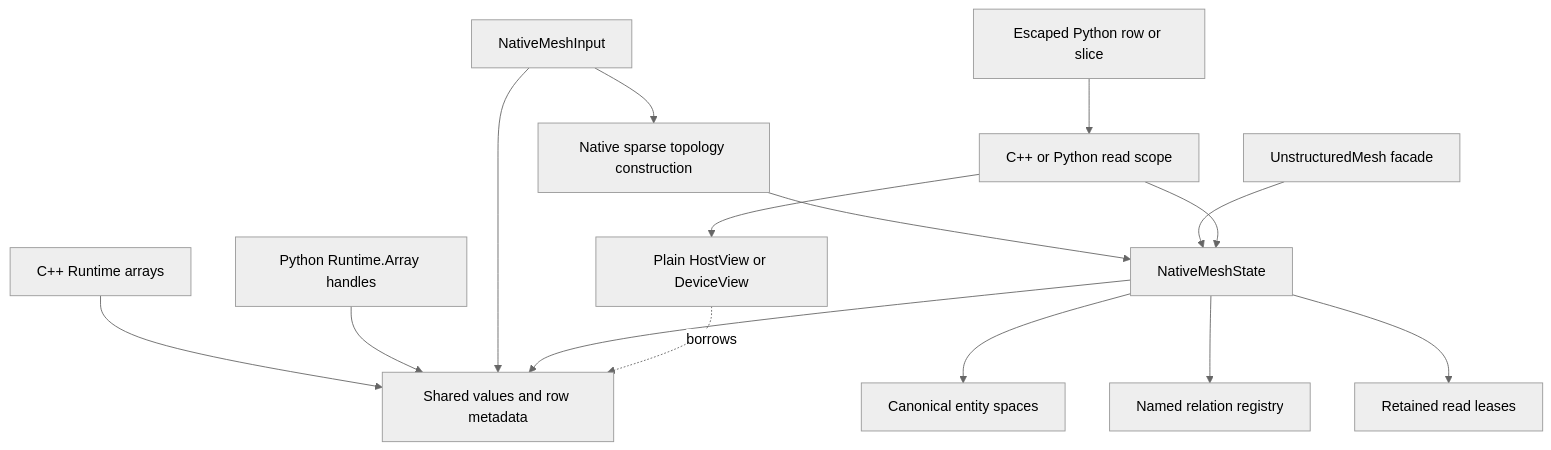
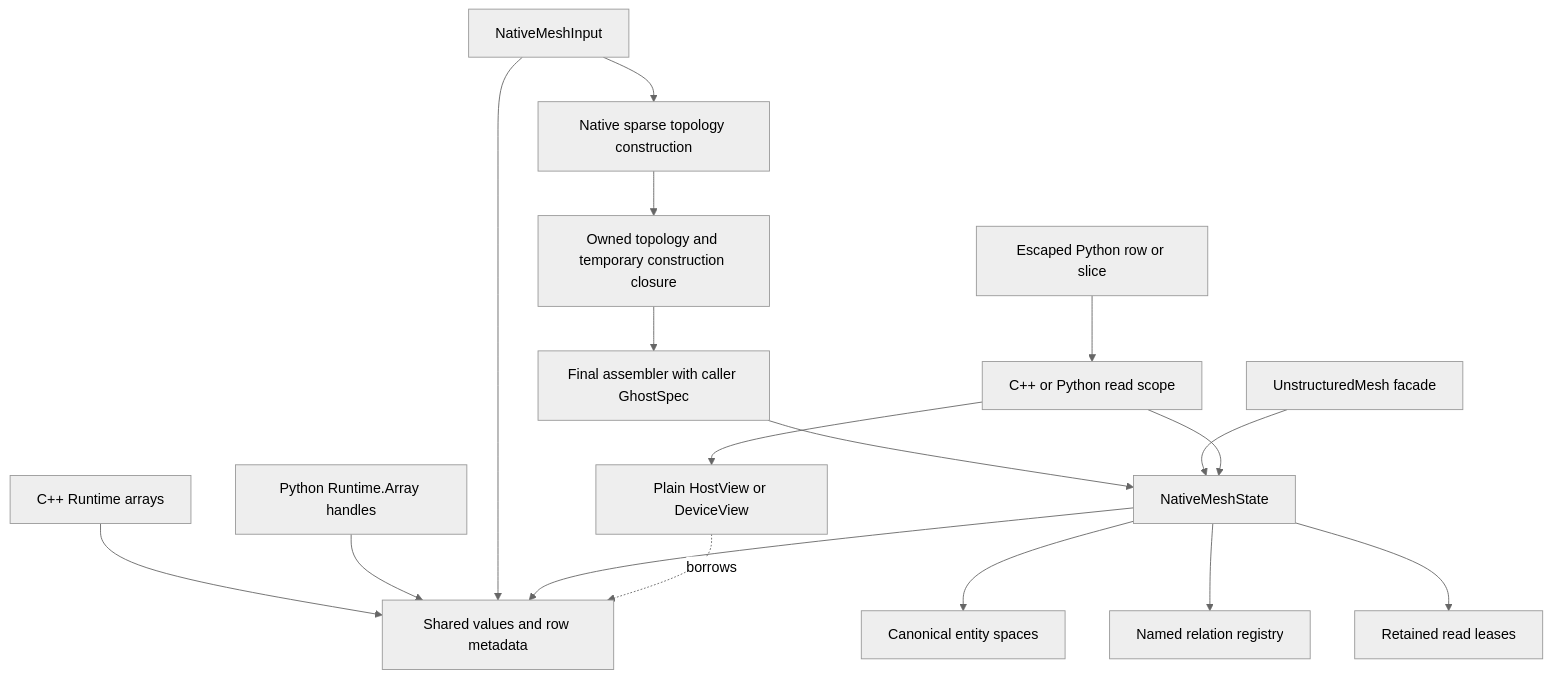
One commit to harryzhou2000/DNDSR changed the first of 3 diagrams in docs/architecture/NativeMesh.md. Above: the diagram before and after it, drawn with Mermaid (neutral theme). The commit also changed other lines of this file and 489 other files, not shown here.

````diff
--- a/docs/architecture/NativeMesh.md
+++ b/docs/architecture/NativeMesh.md
@@ -11,17 +14,19 @@
 ```mermaid
 flowchart TD
     C[C++ Runtime arrays] --> A[Shared values and row metadata]
     P[Python Runtime.Array handles] --> A
     B[NativeMeshInput] --> A
     B --> W[Native sparse topology construction]
-    W --> S[NativeMeshState]
+    W --> O[Owned topology and temporary construction closure]
+    O --> G[Final assembler with caller GhostSpec]
+    G --> S[NativeMeshState]
     S --> A
     S --> E[Canonical entity spaces]
     S --> R[Named relation registry]
     S --> L[Retained read leases]
     F[UnstructuredMesh facade] --> S
     Q[C++ or Python read scope] --> S
     Q --> V[Plain HostView or DeviceView]
     V -. borrows .-> A
     X[Escaped Python row or slice] --> Q
 ```
````
